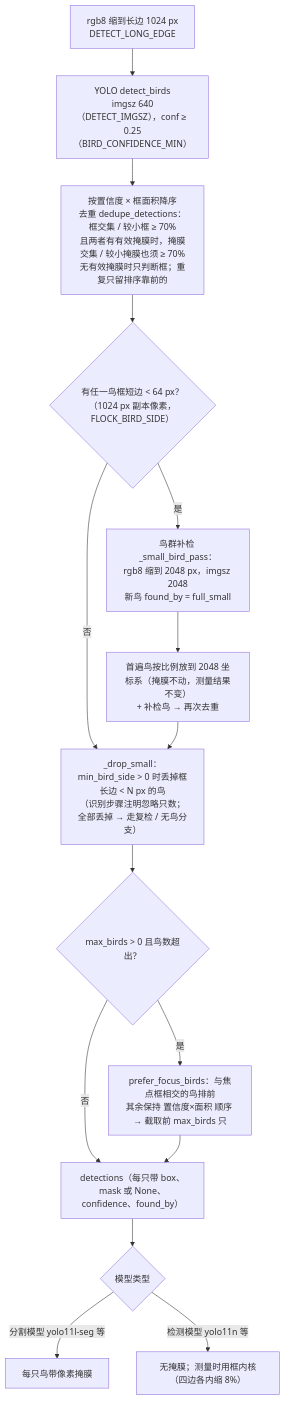
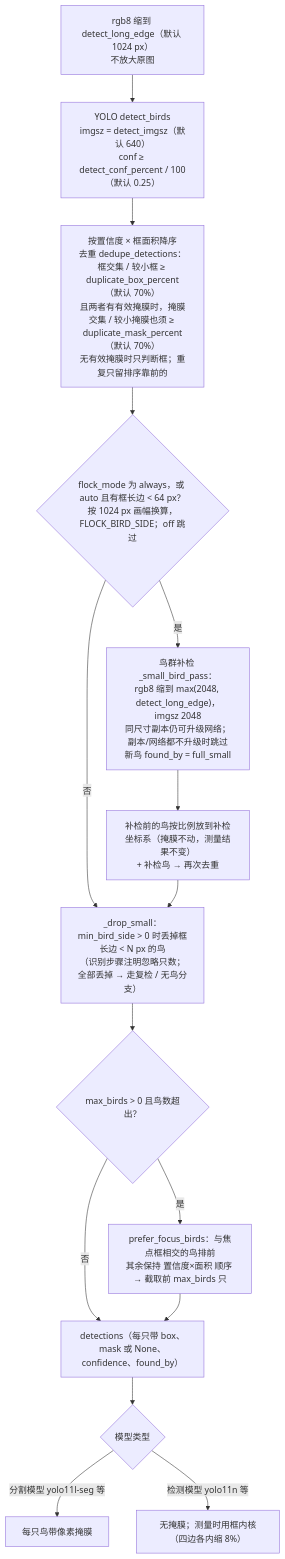
One commit to OscarKing888/SuperBirdTools changed the fifth of 18 diagrams in docs/bird_sharpness_flowchart.md. Above: the diagram before and after it, drawn with Mermaid. The commit also changed other lines of this file and 18 other files, not shown here.

Commit message:
Add per-bird detection overrides and recheck flock recovery

````diff
--- a/docs/bird_sharpness_flowchart.md
+++ b/docs/bird_sharpness_flowchart.md
@@ -163,17 +168,17 @@
 ```mermaid
 flowchart TD
-    A["rgb8 缩到长边 1024 px<br/>DETECT_LONG_EDGE"] --> B["YOLO detect_birds<br/>imgsz 640（DETECT_IMGSZ），conf ≥ 0.25（BIRD_CONFIDENCE_MIN）"]
-    B --> C["按置信度 × 框面积降序<br/>去重 dedupe_detections：框交集 / 较小框 ≥ 70%<br/>且两者有有效掩膜时，掩膜交集 / 较小掩膜也须 ≥ 70%<br/>无有效掩膜时只判断框；重复只留排序靠前的"]
-    C --> D{"有任一鸟框短边 < 64 px？<br/>（1024 px 副本像素，FLOCK_BIRD_SIDE）"}
-    D -->|是| E["鸟群补检 _small_bird_pass：<br/>rgb8 缩到 2048 px，imgsz 2048<br/>新鸟 found_by = full_small"]
-    E --> F["首遍鸟按比例放到 2048 坐标系（掩膜不动，测量结果不变）<br/>+ 补检鸟 → 再次去重"]
+    A["rgb8 缩到 detect_long_edge（默认 1024 px）<br/>不放大原图"] --> B["YOLO detect_birds<br/>imgsz = detect_imgsz（默认 640）<br/>conf ≥ detect_conf_percent / 100（默认 0.25）"]
+    B --> C["按置信度 × 框面积降序<br/>去重 dedupe_detections：框交集 / 较小框 ≥ duplicate_box_percent（默认 70%）<br/>且两者有有效掩膜时，掩膜交集 / 较小掩膜也须 ≥ duplicate_mask_percent（默认 70%）<br/>无有效掩膜时只判断框；重复只留排序靠前的"]
+    C --> D{"flock_mode 为 always，或 auto 且有框长边 < 64 px？<br/>按 1024 px 画幅换算，FLOCK_BIRD_SIDE；off 跳过"}
+    D -->|是| E["鸟群补检 _small_bird_pass：<br/>rgb8 缩到 max(2048, detect_long_edge)，imgsz 2048<br/>同尺寸副本仍可升级网络；副本/网络都不升级时跳过<br/>新鸟 found_by = full_small"]
+    E --> F["补检前的鸟按比例放到补检坐标系（掩膜不动，测量结果不变）<br/>+ 补检鸟 → 再次去重"]
     D -->|否| H0
     F --> H0["_drop_small：min_bird_side > 0 时丢掉框长边 < N px 的鸟<br/>（识别步骤注明忽略只数；全部丢掉 → 走复检 / 无鸟分支）"]
     H0 --> G{"max_birds > 0 且鸟数超出？"}
     G -->|是| H["prefer_focus_birds：与焦点框相交的鸟排前<br/>其余保持 置信度×面积 顺序 → 截取前 max_birds 只"]
     G -->|否| I
     H --> I["detections（每只带 box、mask 或 None、confidence、found_by）"]
     I --> J{"模型类型"}
     J -->|分割模型 yolo11l-seg 等| K["每只鸟带像素掩膜"]
     J -->|检测模型 yolo11n 等| L["无掩膜；测量时用框内核（四边各内缩 8%）"]
 ```
````
